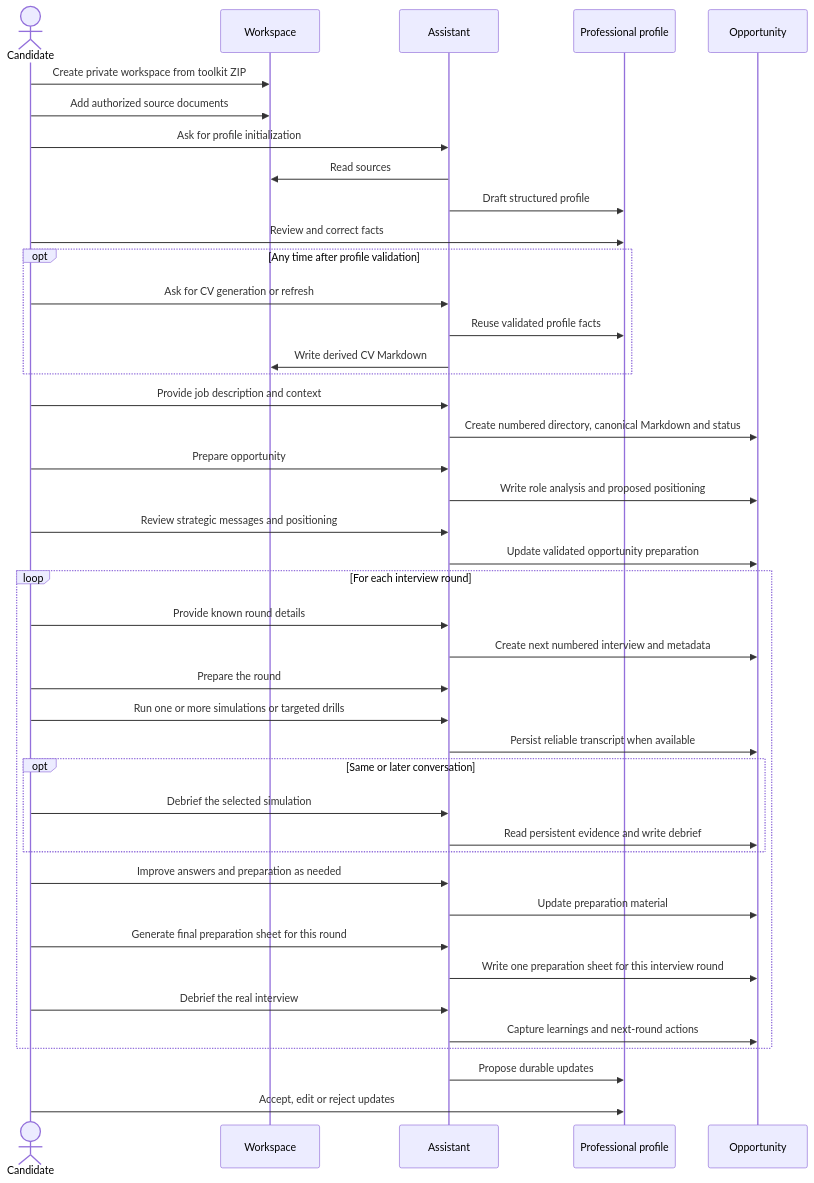
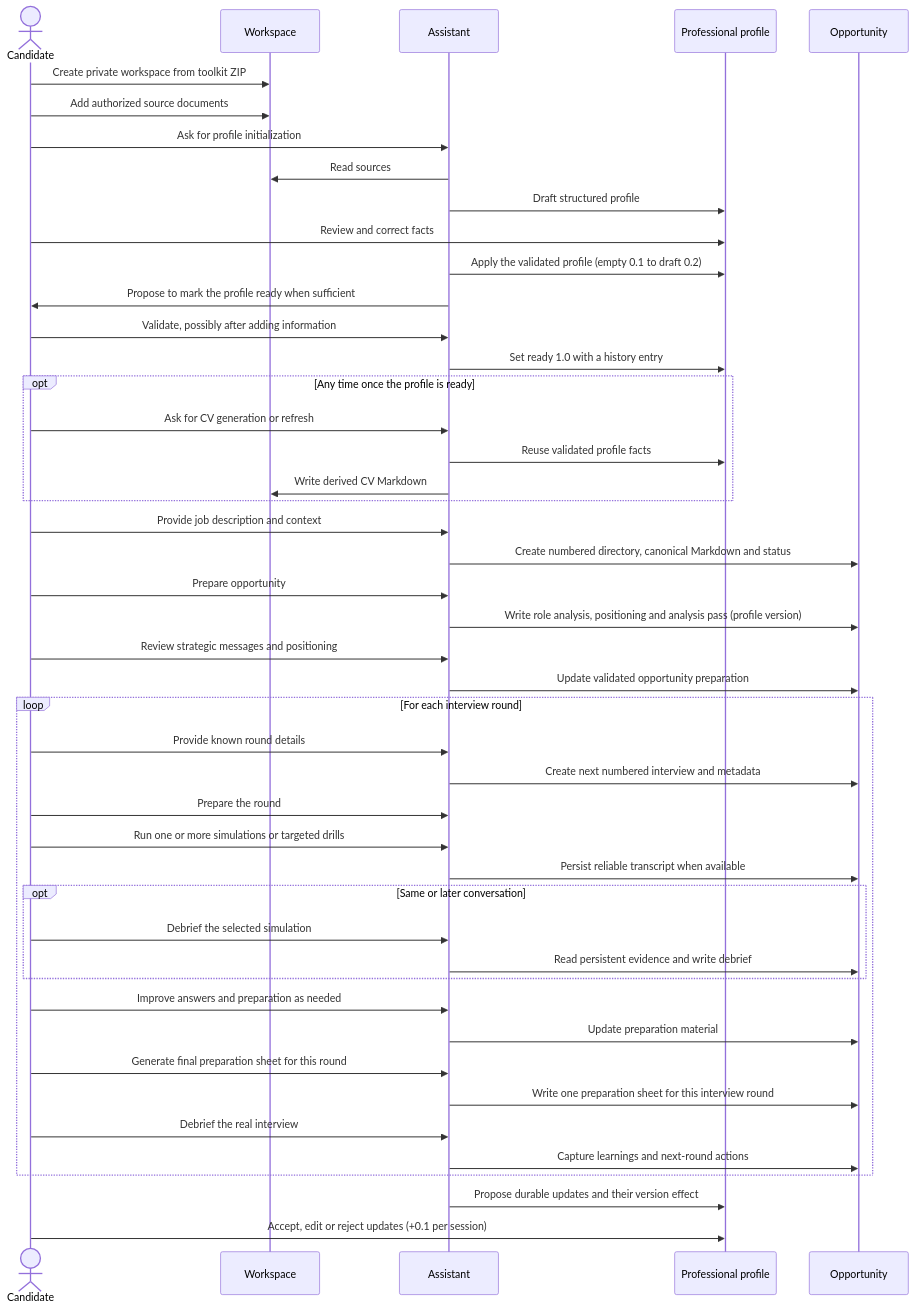
One commit to JeromeJ77/career-ai-toolkit changed the second of 2 diagrams in docs/document-lifecycle.md. Above: the diagram before and after it, drawn with Mermaid. The commit also changed other lines of this file and 18 other files, not shown here.

First line of the commit message:
fix(coach): apply review corrections to profile status and waivers

````diff
--- a/docs/document-lifecycle.md
+++ b/docs/document-lifecycle.md
@@ -45,45 +45,49 @@
 ```mermaid
 sequenceDiagram
     actor Candidate
     participant Workspace
     participant Assistant
     participant Profile as Professional profile
     participant Opportunity
 
     Candidate->>Workspace: Create private workspace from toolkit ZIP
     Candidate->>Workspace: Add authorized source documents
     Candidate->>Assistant: Ask for profile initialization
     Assistant->>Workspace: Read sources
     Assistant->>Profile: Draft structured profile
     Candidate->>Profile: Review and correct facts
-    opt Any time after profile validation
+    Assistant->>Profile: Apply the validated profile (empty 0.1 to draft 0.2)
+    Assistant->>Candidate: Propose to mark the profile ready when sufficient
+    Candidate->>Assistant: Validate, possibly after adding information
+    Assistant->>Profile: Set ready 1.0 with a history entry
+    opt Any time once the profile is ready
         Candidate->>Assistant: Ask for CV generation or refresh
         Assistant->>Profile: Reuse validated profile facts
         Assistant->>Workspace: Write derived CV Markdown
     end
     Candidate->>Assistant: Provide job description and context
     Assistant->>Opportunity: Create numbered directory, canonical Markdown and status
     Candidate->>Assistant: Prepare opportunity
-    Assistant->>Opportunity: Write role analysis and proposed positioning
+    Assistant->>Opportunity: Write role analysis, positioning and analysis pass (profile version)
     Candidate->>Assistant: Review strategic messages and positioning
     Assistant->>Opportunity: Update validated opportunity preparation
     loop For each interview round
         Candidate->>Assistant: Provide known round details
         Assistant->>Opportunity: Create next numbered interview and metadata
         Candidate->>Assistant: Prepare the round
         Candidate->>Assistant: Run one or more simulations or targeted drills
         Assistant->>Opportunity: Persist reliable transcript when available
         opt Same or later conversation
             Candidate->>Assistant: Debrief the selected simulation
             Assistant->>Opportunity: Read persistent evidence and write debrief
         end
         Candidate->>Assistant: Improve answers and preparation as needed
         Assistant->>Opportunity: Update preparation material
         Candidate->>Assistant: Generate final preparation sheet for this round
         Assistant->>Opportunity: Write one preparation sheet for this interview round
         Candidate->>Assistant: Debrief the real interview
         Assistant->>Opportunity: Capture learnings and next-round actions
     end
-    Assistant->>Profile: Propose durable updates
-    Candidate->>Profile: Accept, edit or reject updates
+    Assistant->>Profile: Propose durable updates and their version effect
+    Candidate->>Profile: Accept, edit or reject updates (+0.1 per session)
 ```
````
